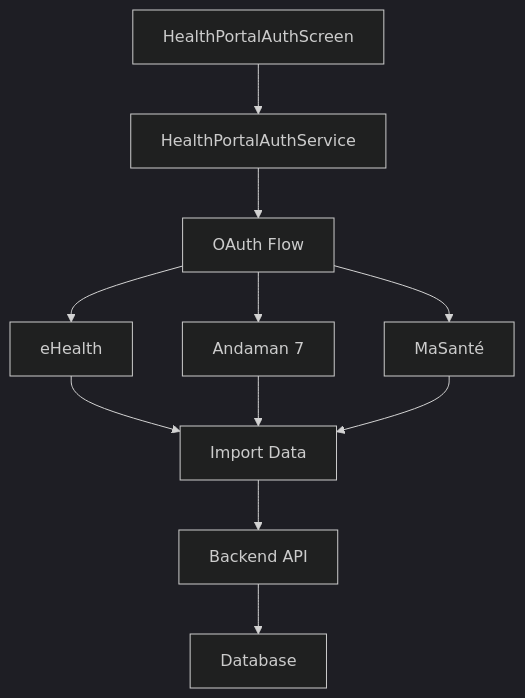
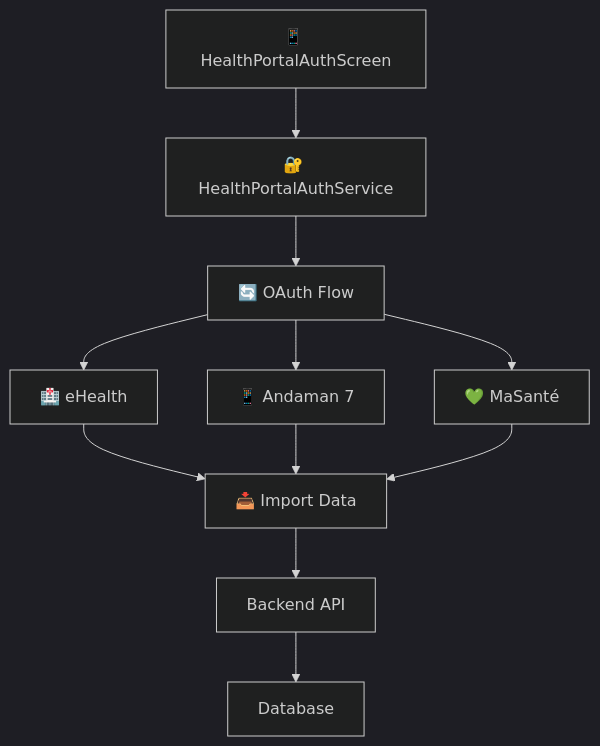
Before and after one commit to arkalia-luna-system/arkalia-cia: the eighth of 9 diagrams in docs/ARCHITECTURE.md, drawn with Mermaid (dark theme). The commit also changed other lines of this file and 5 other files, not shown here.

````diff
--- a/docs/ARCHITECTURE.md
+++ b/docs/ARCHITECTURE.md
@@ -342,13 +354,13 @@
 ```mermaid
 graph TB
-    A[HealthPortalAuthScreen] --> B[HealthPortalAuthService]
-    B --> C[OAuth Flow]
-    C --> D[eHealth]
-    C --> E[Andaman 7]
-    C --> F[MaSanté]
-    D --> G[Import Data]
+    A[📱 HealthPortalAuthScreen] --> B[🔐 HealthPortalAuthService]
+    B --> C[🔄 OAuth Flow]
+    C --> D[🏥 eHealth]
+    C --> E[📱 Andaman 7]
+    C --> F[💚 MaSanté]
+    D --> G[📥 Import Data]
     E --> G
     F --> G
     G --> H[Backend API]
     H --> I[Database]
 ```
````
